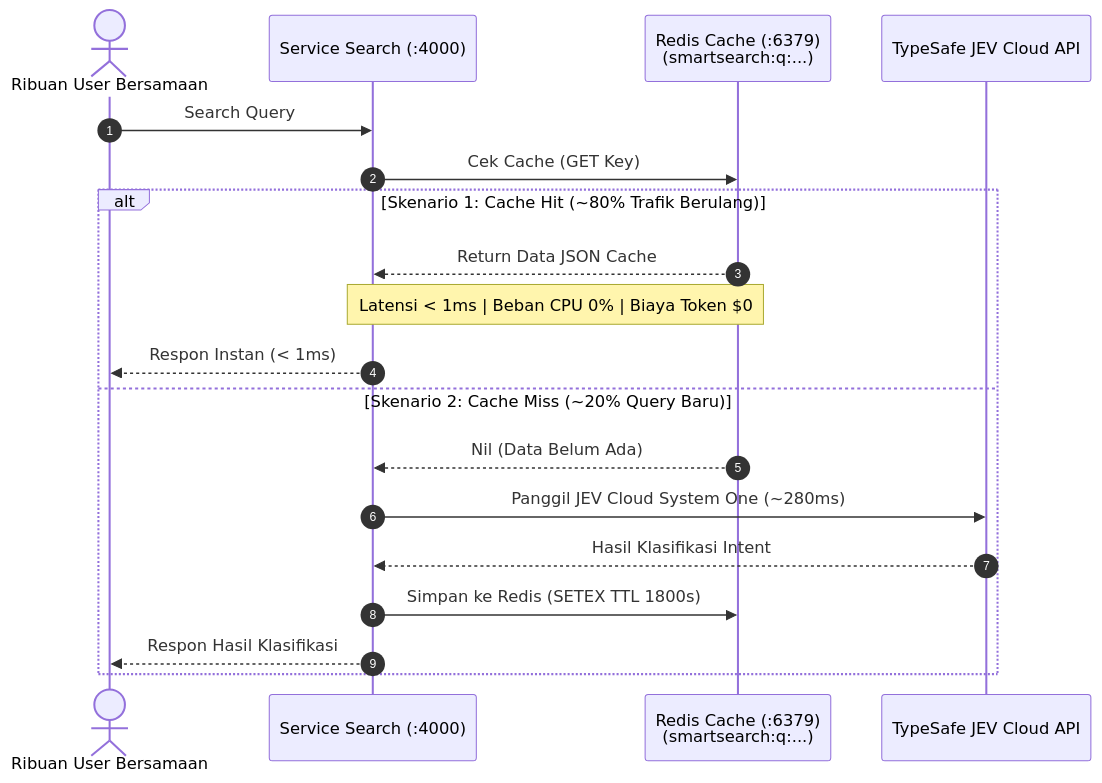
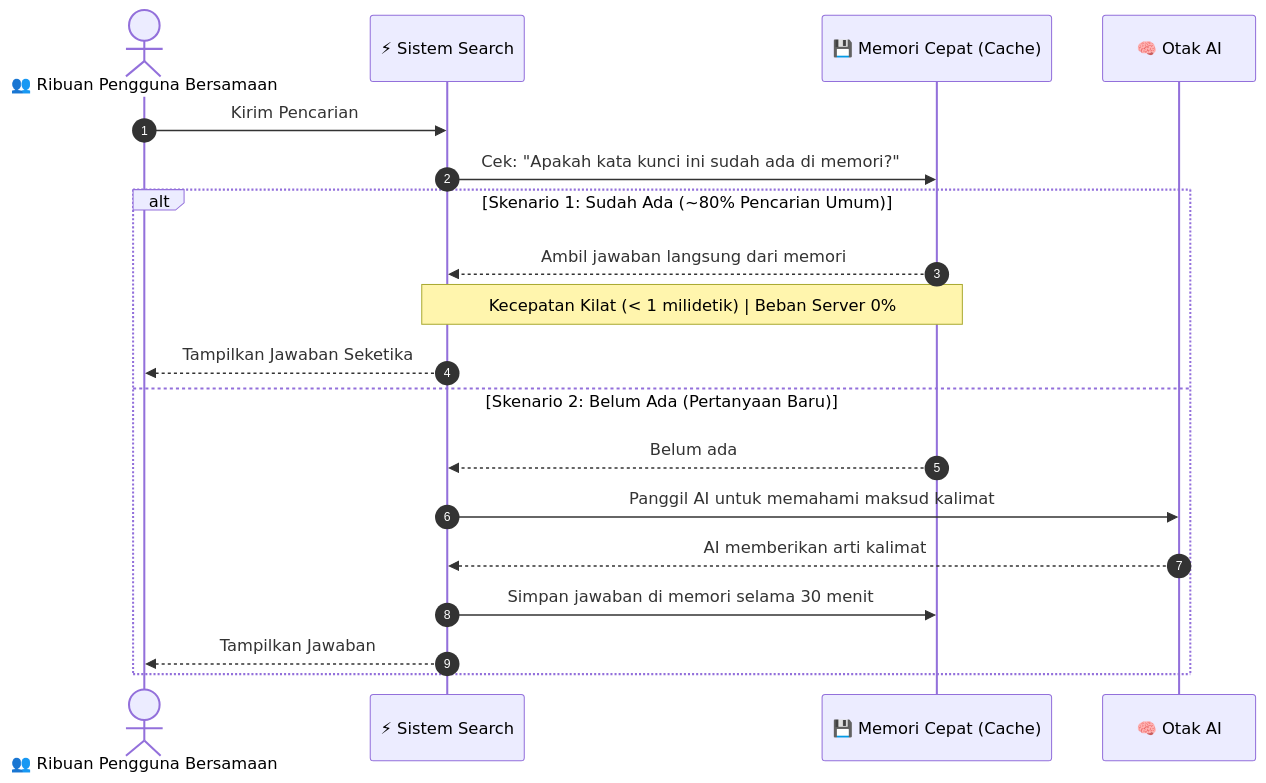
The third of 6 diagrams in docs/POC_SMART_SEARCH.md (itzmail/poc-smart-search), drawn with Mermaid before and after one commit. The commit also changed other lines of this file, not shown here.

Commit message:
[main] simplify sequence diagrams with clear non-technical actors and intuitive flows

````diff
--- a/docs/POC_SMART_SEARCH.md
+++ b/docs/POC_SMART_SEARCH.md
@@ -345,23 +301,23 @@
 ```mermaid
 sequenceDiagram
     autonumber
-    actor Users as Ribuan User Bersamaan
-    participant Search as Service Search (:4000)
-    participant Redis as Redis Cache (:6379)<br/>(smartsearch:q:...)
-    participant JEV as TypeSafe JEV Cloud API
+    actor Users as 👥 Ribuan Pengguna Bersamaan
+    participant Sistem as ⚡ Sistem Search
+    participant Memori as 💾 Memori Cepat (Cache)
+    participant AI as 🧠 Otak AI
 
-    Users->>Search: Search Query
-    Search->>Redis: Cek Cache (GET Key)
+    Users->>Sistem: Kirim Pencarian
+    Sistem->>Memori: Cek: "Apakah kata kunci ini sudah ada di memori?"
     
-    alt Skenario 1: Cache Hit (~80% Trafik Berulang)
-        Redis-->>Search: Return Data JSON Cache
-        Note over Search,Redis: Latensi < 1ms | Beban CPU 0% | Biaya Token $0
-        Search-->>Users: Respon Instan (< 1ms)
-    else Skenario 2: Cache Miss (~20% Query Baru)
-        Redis-->>Search: Nil (Data Belum Ada)
-        Search->>JEV: Panggil JEV Cloud System One (~280ms)
-        JEV-->>Search: Hasil Klasifikasi Intent
-        Search->>Redis: Simpan ke Redis (SETEX TTL 1800s)
-        Search-->>Users: Respon Hasil Klasifikasi
+    alt Skenario 1: Sudah Ada (~80% Pencarian Umum)
+        Memori-->>Sistem: Ambil jawaban langsung dari memori
+        Note over Sistem,Memori: Kecepatan Kilat (< 1 milidetik) | Beban Server 0%
+        Sistem-->>Users: Tampilkan Jawaban Seketika
+    else Skenario 2: Belum Ada (Pertanyaan Baru)
+        Memori-->>Sistem: Belum ada
+        Sistem->>AI: Panggil AI untuk memahami maksud kalimat
+        AI-->>Sistem: AI memberikan arti kalimat
+        Sistem->>Memori: Simpan jawaban di memori selama 30 menit
+        Sistem-->>Users: Tampilkan Jawaban
     end
 ```
````
